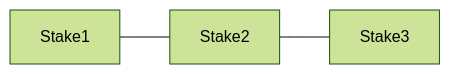
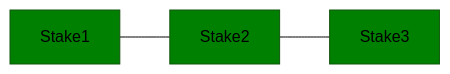
One commit to input-output-hk/catalyst-libs changed the fifth of 10 diagrams in rust/rbac-registration/examples.md. Above: the diagram before and after it, drawn with Mermaid (forest theme). The commit also changed other lines of this file, not shown here.

````diff
--- a/rust/rbac-registration/examples.md
+++ b/rust/rbac-registration/examples.md
@@ -96,4 +110,7 @@
 ```mermaid
 flowchart LR
     Root[Stake1] --- R1[Stake2] --- R2[Stake3]
+    style Root fill: green
+    style R1 fill: green
+    style R2 fill: green
 ```
````
